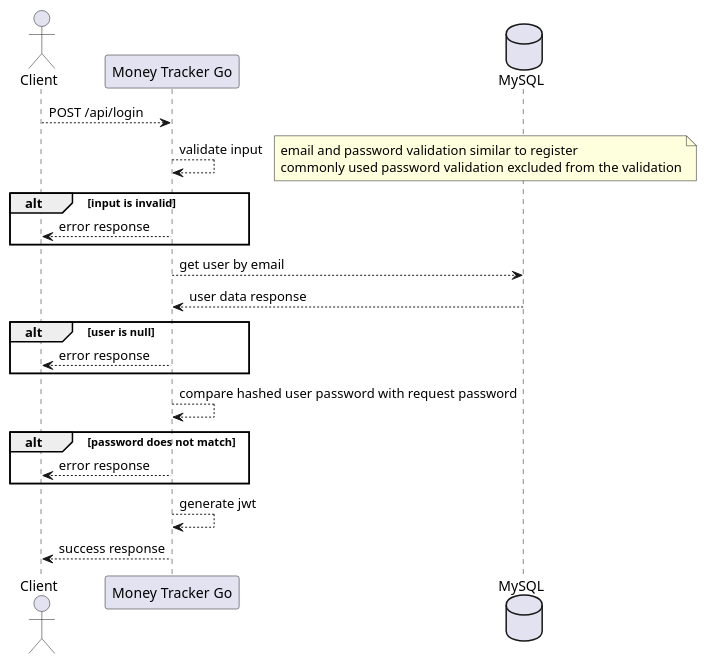
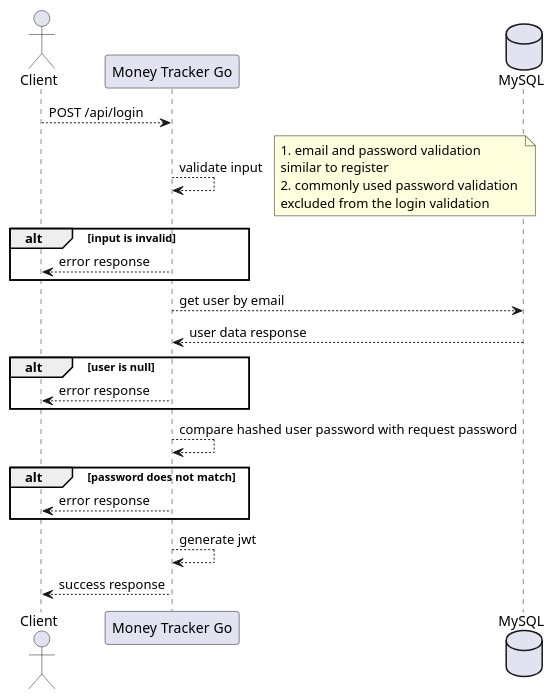
One commit to ertantorizkyf/money-tracker-go changed the diagram in docs/diagrams/sequence/auth/login.puml. Above: the diagram before and after it, drawn with PlantUML. The commit also changed 4 other files, not shown here.

```diff
--- a/docs/diagrams/sequence/auth/login.puml
+++ b/docs/diagrams/sequence/auth/login.puml
@@ -1,28 +1,30 @@
 @startuml Login Sequence
 
 actor "Client" as client
 participant "Money Tracker Go" as server
 database "MySQL" as db
 
 client --> server : POST /api/login
 server --> server : validate input
 note right
-  email and password validation similar to register
-  commonly used password validation excluded from the validation
+  1. email and password validation 
+  similar to register
+  2. commonly used password validation 
+  excluded from the login validation
 end note
 alt input is invalid
   server --> client : error response
 end
 server --> db : get user by email
 db --> server : user data response
 alt user is null
   server --> client : error response
 end
 server --> server : compare hashed user password with request password
 alt password does not match
   server --> client : error response
 end
 server --> server : generate jwt
 server --> client : success response
 
 @enduml
```
